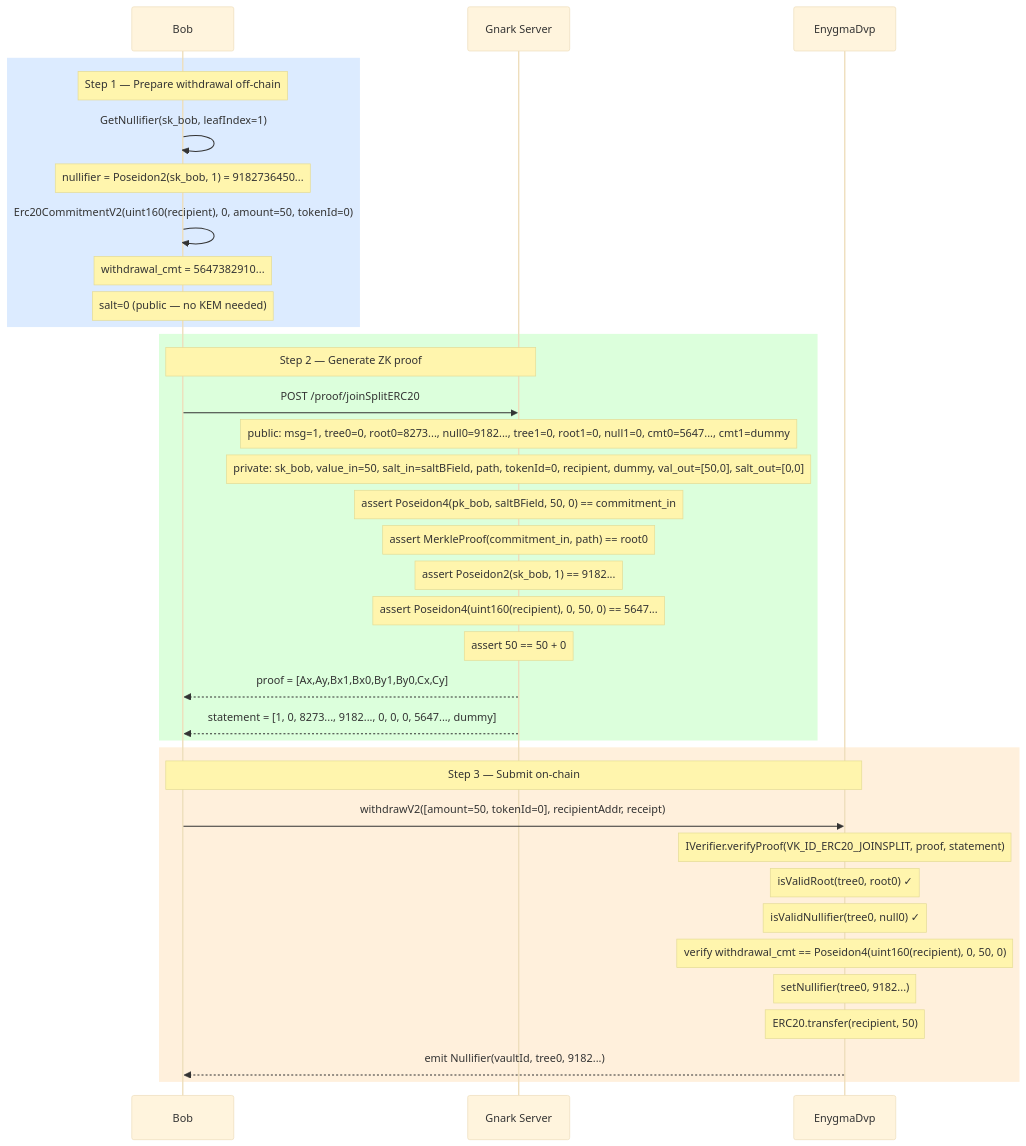
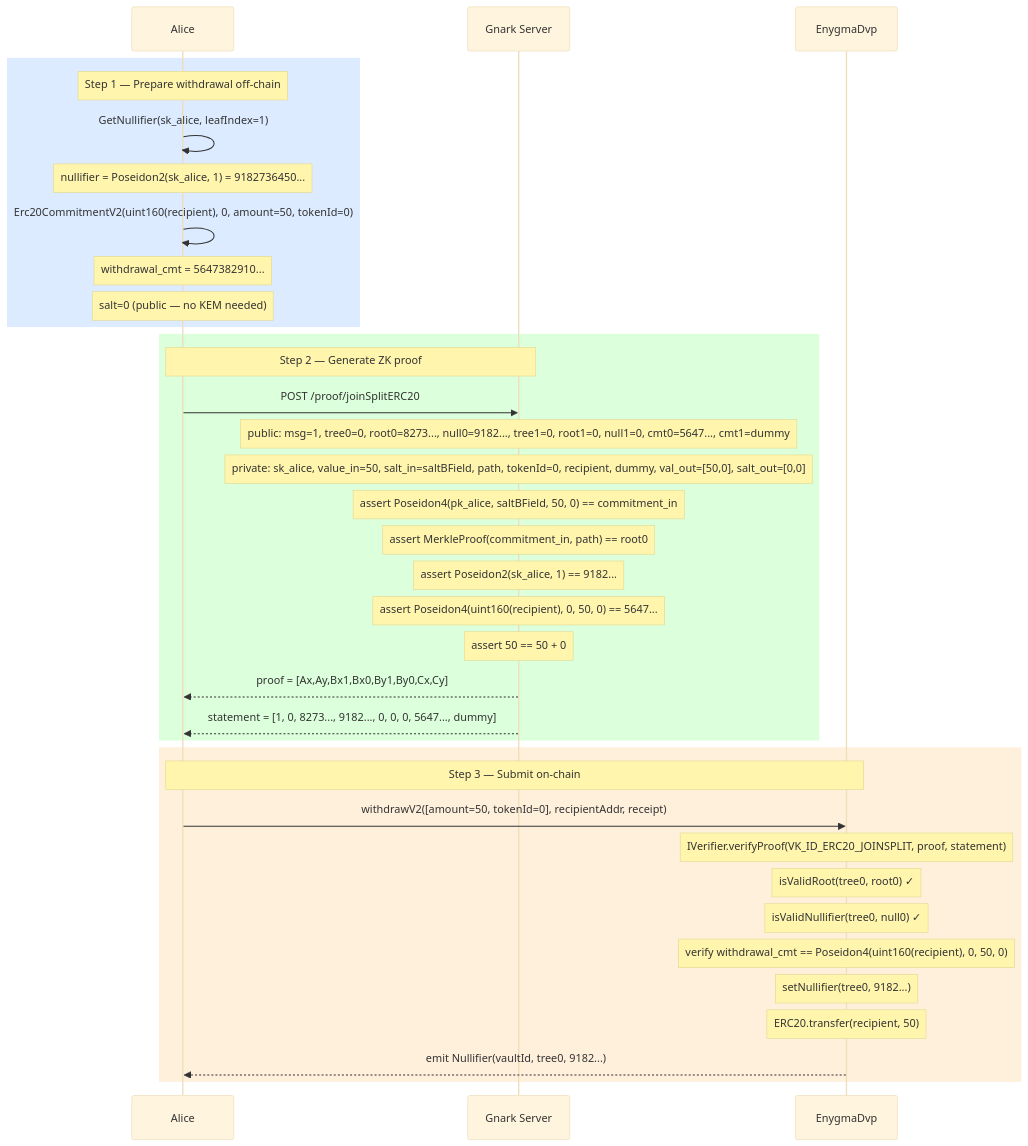
One commit to yaksetig/Enygma changed the diagram in enygma_dvp/docs/flows/04_withdraw_erc20.md. Above: the diagram before and after it, drawn with Mermaid (base theme). The commit also changed other lines of this file, not shown here.

````diff
--- a/enygma_dvp/docs/flows/04_withdraw_erc20.md
+++ b/enygma_dvp/docs/flows/04_withdraw_erc20.md
@@ -82,47 +82,47 @@
 ```mermaid
 sequenceDiagram
-    participant Bob
+    participant Alice
     participant Gnark as Gnark Server
     participant DVP as EnygmaDvp
 
     rect rgb(220, 235, 255)
-        Note over Bob: Step 1 — Prepare withdrawal off-chain
+        Note over Alice: Step 1 — Prepare withdrawal off-chain
 
-        Bob->>Bob: GetNullifier(sk_bob, leafIndex=1)
-        Note over Bob: nullifier = Poseidon2(sk_bob, 1) = 9182736450...
+        Alice->>Alice: GetNullifier(sk_alice, leafIndex=1)
+        Note over Alice: nullifier = Poseidon2(sk_alice, 1) = 9182736450...
 
-        Bob->>Bob: Erc20CommitmentV2(uint160(recipient), 0, amount=50, tokenId=0)
-        Note over Bob: withdrawal_cmt = 5647382910...
-        Note over Bob: salt=0 (public — no KEM needed)
+        Alice->>Alice: Erc20CommitmentV2(uint160(recipient), 0, amount=50, tokenId=0)
+        Note over Alice: withdrawal_cmt = 5647382910...
+        Note over Alice: salt=0 (public — no KEM needed)
     end
 
     rect rgb(220, 255, 220)
-        Note over Bob,Gnark: Step 2 — Generate ZK proof
+        Note over Alice,Gnark: Step 2 — Generate ZK proof
 
-        Bob->>Gnark: POST /proof/joinSplitERC20
+        Alice->>Gnark: POST /proof/joinSplitERC20
         Note over Gnark: public: msg=1, tree0=0, root0=8273..., null0=9182..., tree1=0, root1=0, null1=0, cmt0=5647..., cmt1=dummy
-        Note over Gnark: private: sk_bob, value_in=50, salt_in=saltBField, path, tokenId=0, recipient, dummy, val_out=[50,0], salt_out=[0,0]
-        Note over Gnark: assert Poseidon4(pk_bob, saltBField, 50, 0) == commitment_in
+        Note over Gnark: private: sk_alice, value_in=50, salt_in=saltBField, path, tokenId=0, recipient, dummy, val_out=[50,0], salt_out=[0,0]
+        Note over Gnark: assert Poseidon4(pk_alice, saltBField, 50, 0) == commitment_in
         Note over Gnark: assert MerkleProof(commitment_in, path) == root0
-        Note over Gnark: assert Poseidon2(sk_bob, 1) == 9182...
+        Note over Gnark: assert Poseidon2(sk_alice, 1) == 9182...
         Note over Gnark: assert Poseidon4(uint160(recipient), 0, 50, 0) == 5647...
         Note over Gnark: assert 50 == 50 + 0
 
-        Gnark-->>Bob: proof = [Ax,Ay,Bx1,Bx0,By1,By0,Cx,Cy]
-        Gnark-->>Bob: statement = [1, 0, 8273..., 9182..., 0, 0, 0, 5647..., dummy]
+        Gnark-->>Alice: proof = [Ax,Ay,Bx1,Bx0,By1,By0,Cx,Cy]
+        Gnark-->>Alice: statement = [1, 0, 8273..., 9182..., 0, 0, 0, 5647..., dummy]
     end
 
     rect rgb(255, 240, 220)
-        Note over Bob,DVP: Step 3 — Submit on-chain
+        Note over Alice,DVP: Step 3 — Submit on-chain
 
-        Bob->>DVP: withdrawV2([amount=50, tokenId=0], recipientAddr, receipt)
+        Alice->>DVP: withdrawV2([amount=50, tokenId=0], recipientAddr, receipt)
         Note over DVP: IVerifier.verifyProof(VK_ID_ERC20_JOINSPLIT, proof, statement)
         Note over DVP: isValidRoot(tree0, root0) ✓
         Note over DVP: isValidNullifier(tree0, null0) ✓
         Note over DVP: verify withdrawal_cmt == Poseidon4(uint160(recipient), 0, 50, 0)
         Note over DVP: setNullifier(tree0, 9182...)
         Note over DVP: ERC20.transfer(recipient, 50)
 
-        DVP-->>Bob: emit Nullifier(vaultId, tree0, 9182...)
+        DVP-->>Alice: emit Nullifier(vaultId, tree0, 9182...)
     end
 ```
````
